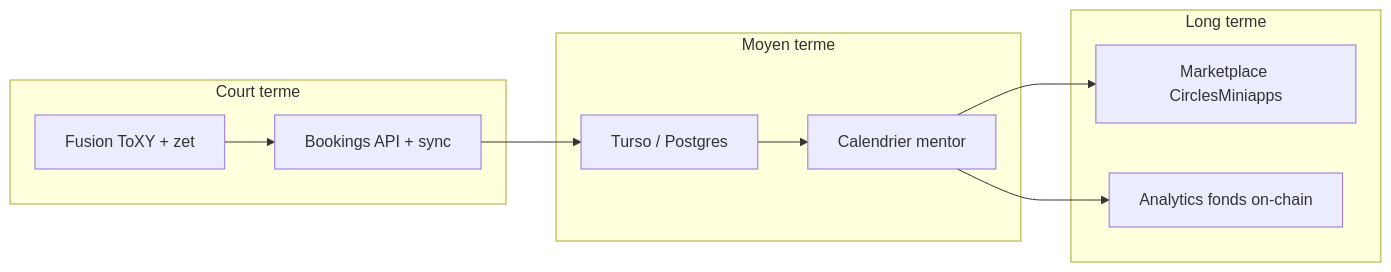
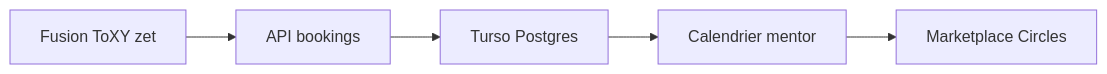
The third of 3 diagrams in docs/05-historique.md (gnosis-box/THP-for-Good), drawn with Mermaid before and after one commit. The commit also changed other lines of this file and 7 other files, not shown here.

````diff
--- a/docs/05-historique.md
+++ b/docs/05-historique.md
@@ -88,17 +98,7 @@
 ```mermaid
 flowchart LR
-  subgraph Court terme
-    A[Fusion ToXY + zet]
-    B[Bookings API + sync]
-  end
-  subgraph Moyen terme
-    C[Turso / Postgres]
-    D[Calendrier mentor]
-  end
-  subgraph Long terme
-    E[Marketplace CirclesMiniapps]
-    F[Analytics fonds on-chain]
-  end
-  A --> B --> C --> D --> E
-  D --> F
+  A[Fusion ToXY zet] --> B[API bookings]
+  B --> C[Turso Postgres]
+  C --> D[Calendrier mentor]
+  D --> E[Marketplace Circles]
 ```
````
